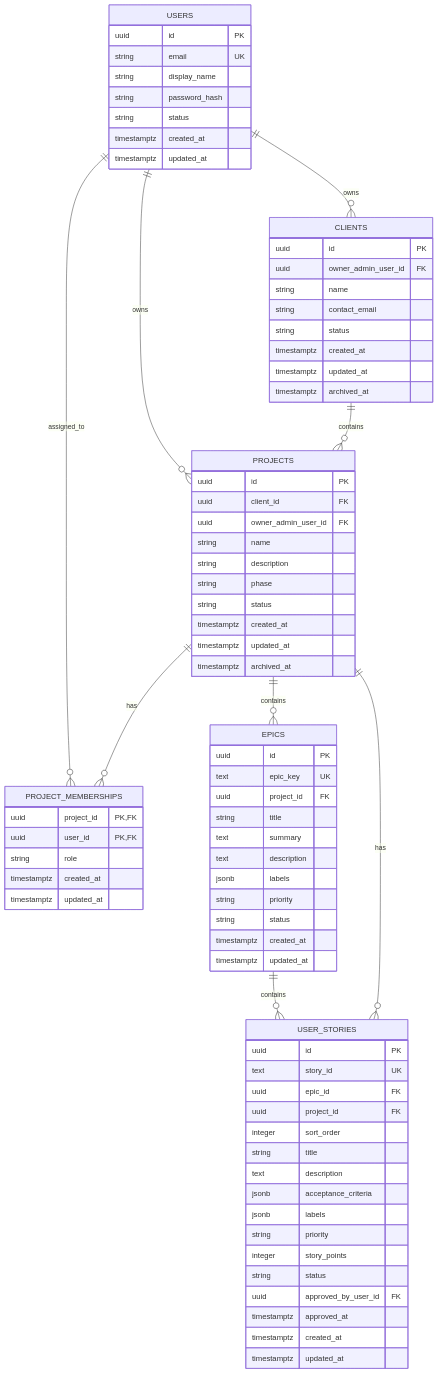
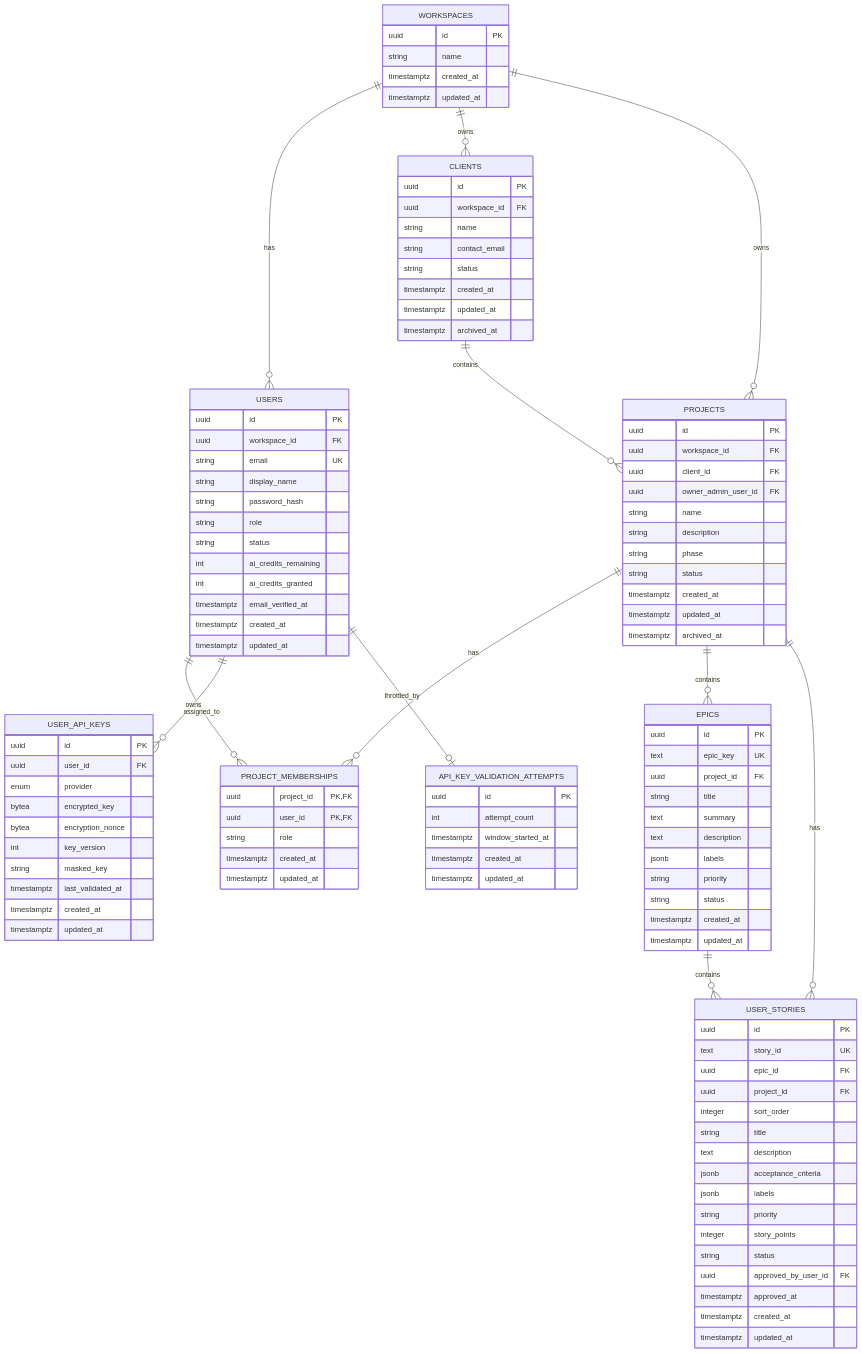
Before and after one commit to alonsovndev/open-projects-hub-docs: the diagram in docs/03-architecture/database/database-design.md, drawn with Mermaid. The commit also changed other lines of this file and 12 other files, not shown here.

````diff
--- a/docs/03-architecture/database/database-design.md
+++ b/docs/03-architecture/database/database-design.md
@@ -63,27 +68,63 @@
 ```mermaid
 erDiagram
-    USERS ||--o{ CLIENTS : owns
-    USERS ||--o{ PROJECTS : owns
+    WORKSPACES ||--o{ USERS : has
+    WORKSPACES ||--o{ CLIENTS : owns
+    WORKSPACES ||--o{ PROJECTS : owns
     USERS ||--o{ PROJECT_MEMBERSHIPS : assigned_to
     PROJECTS ||--o{ PROJECT_MEMBERSHIPS : has
     CLIENTS ||--o{ PROJECTS : contains
     PROJECTS ||--o{ EPICS : contains
     EPICS ||--o{ USER_STORIES : contains
     PROJECTS ||--o{ USER_STORIES : has
+    USERS ||--o{ USER_API_KEYS : owns
+    USERS ||--o| API_KEY_VALIDATION_ATTEMPTS : throttled_by
+
+    WORKSPACES {
+        uuid id PK
+        string name
+        timestamptz created_at
+        timestamptz updated_at
+    }
 
     USERS {
         uuid id PK
+        uuid workspace_id FK
         string email UK
         string display_name
         string password_hash
+        string role
         string status
+        int ai_credits_remaining
+        int ai_credits_granted
+        timestamptz email_verified_at
+        timestamptz created_at
+        timestamptz updated_at
+    }
+
+    USER_API_KEYS {
+        uuid id PK
+        uuid user_id FK
+        enum provider
+        bytea encrypted_key
+        bytea encryption_nonce
+        int key_version
+        string masked_key
+        timestamptz last_validated_at
+        timestamptz created_at
+        timestamptz updated_at
+    }
+
+    API_KEY_VALIDATION_ATTEMPTS {
+        uuid id PK
+        int attempt_count
+        timestamptz window_started_at
         timestamptz created_at
         timestamptz updated_at
     }
 
     CLIENTS {
         uuid id PK
-        uuid owner_admin_user_id FK
+        uuid workspace_id FK
         string name
         string contact_email
         string status
@@ -94,6 +135,7 @@
 
     PROJECTS {
         uuid id PK
+        uuid workspace_id FK
         uuid client_id FK
         uuid owner_admin_user_id FK
         string name
````
